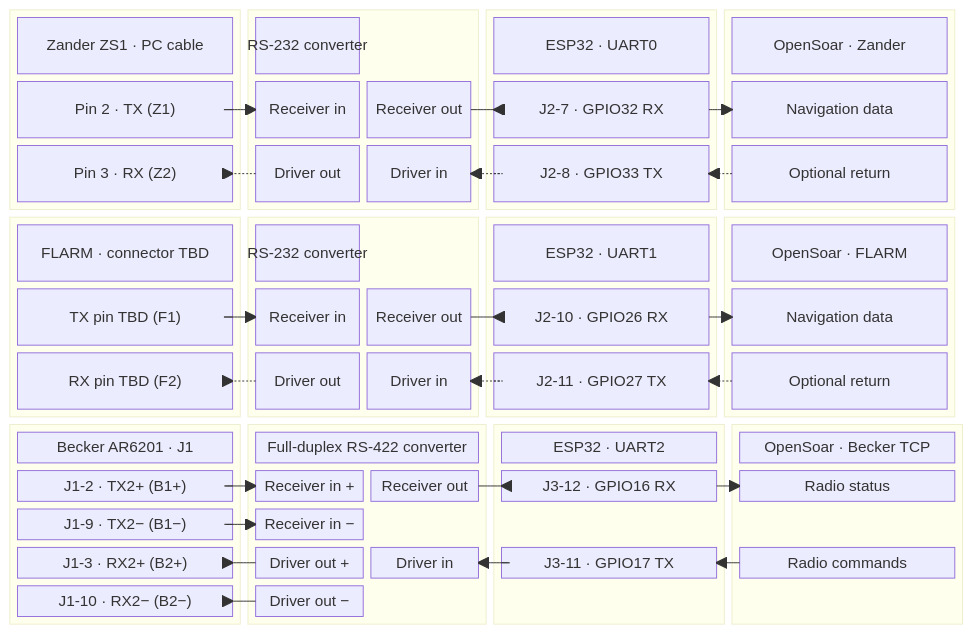
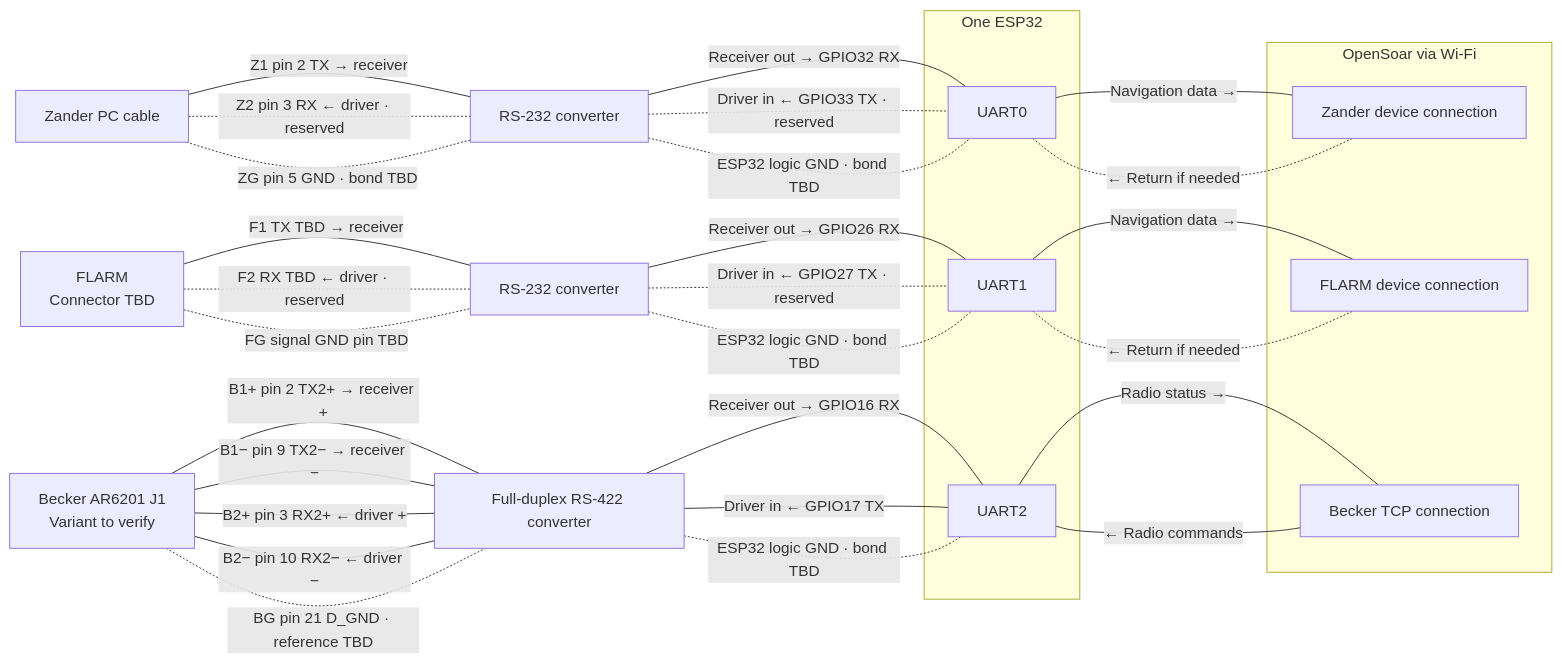
The first of 3 diagrams in docs/connections.md (MomoRC-tech/Becker-AR6201-to-OpenSoar), drawn with Mermaid before and after one commit. The commit also changed other lines of this file, not shown here.

Commit message:
Restore connection diagrams before the pin-box redesign

````diff
--- a/docs/connections.md
+++ b/docs/connections.md
@@ -13,108 +11,48 @@
 ```mermaid
-block-beta
-  columns 4
+flowchart LR
+    Z["Zander PC cable"]
+    F["FLARM<br/>Connector TBD"]
+    B["Becker AR6201 J1<br/>Variant to verify"]
+    ZC["RS-232 converter"]
+    FC["RS-232 converter"]
+    BC["Full-duplex RS-422 converter"]
+    subgraph ESP["One ESP32"]
+        U0["UART0"]
+        U1["UART1"]
+        U2["UART2"]
+    end
+    subgraph OS["OpenSoar via Wi-Fi"]
+        NZ["Zander device connection"]
+        NF["FLARM device connection"]
+        RB["Becker TCP connection"]
+    end
 
-  block:zander
-    columns 1
-    zh["Zander ZS1 · PC cable"]
-    ztx["Pin 2 · TX (Z1)"]
-    zrx["Pin 3 · RX (Z2)"]
-  end
-  block:z232
-    columns 2
-    zch["RS-232 converter"]:2
-    zri["Receiver in"] zro["Receiver out"]
-    zdo["Driver out"] zdi["Driver in"]
-  end
-  block:uart0
-    columns 1
-    e0["ESP32 · UART0"]
-    er0["J2-7 · GPIO32 RX"]
-    et0["J2-8 · GPIO33 TX"]
-  end
-  block:zapp
-    columns 1
-    zah["OpenSoar · Zander"]
-    zn["Navigation data"]
-    zb["Optional return"]
-  end
+    Z ---|"Z1 pin 2 TX → receiver"| ZC
+    Z -.-|"Z2 pin 3 RX ← driver · reserved"| ZC
+    Z -.-|"ZG pin 5 GND · bond TBD"| ZC
+    ZC ---|"Receiver out → GPIO32 RX"| U0
+    ZC -.-|"Driver in ← GPIO33 TX · reserved"| U0
+    ZC -.-|"ESP32 logic GND · bond TBD"| U0
+    U0 ---|"Navigation data →"| NZ
+    U0 -.-|"← Return if needed"| NZ
 
-  block:flarm
-    columns 1
-    fh["FLARM · connector TBD"]
-    ftx["TX pin TBD (F1)"]
-    frx["RX pin TBD (F2)"]
-  end
-  block:f232
-    columns 2
-    fch["RS-232 converter"]:2
-    fri["Receiver in"] fro["Receiver out"]
-    fdo["Driver out"] fdi["Driver in"]
-  end
-  block:uart1
-    columns 1
-    e1["ESP32 · UART1"]
-    er1["J2-10 · GPIO26 RX"]
-    et1["J2-11 · GPIO27 TX"]
-  end
-  block:fapp
-    columns 1
-    fah["OpenSoar · FLARM"]
-    fn["Navigation data"]
-    fb["Optional return"]
-  end
+    F ---|"F1 TX TBD → receiver"| FC
+    F -.-|"F2 RX TBD ← driver · reserved"| FC
+    F -.-|"FG signal GND pin TBD"| FC
+    FC ---|"Receiver out → GPIO26 RX"| U1
+    FC -.-|"Driver in ← GPIO27 TX · reserved"| U1
+    FC -.-|"ESP32 logic GND · bond TBD"| U1
+    U1 ---|"Navigation data →"| NF
+    U1 -.-|"← Return if needed"| NF
 
-  block:becker
-    columns 1
-    bh["Becker AR6201 · J1"]
-    btp["J1-2 · TX2+ (B1+)"]
-    btn["J1-9 · TX2− (B1−)"]
-    brp["J1-3 · RX2+ (B2+)"]
-    brn["J1-10 · RX2− (B2−)"]
-  end
-  block:b422
-    columns 2
-    bch["Full-duplex RS-422 converter"]:2
-    brip["Receiver in +"] bro["Receiver out"]
-    brin["Receiver in −"] space
-    bdop["Driver out +"] bdi["Driver in"]
-    bdon["Driver out −"] space
-  end
-  block:uart2
-    columns 1
-    e2["ESP32 · UART2"]
-    er2["J3-12 · GPIO16 RX"]
-    space
-    et2["J3-11 · GPIO17 TX"]
-    space
-  end
-  block:bapp
-    columns 1
-    bah["OpenSoar · Becker TCP"]
-    bs["Radio status"]
-    space
-    bc["Radio commands"]
-    space
-  end
-
-  ztx --> zri
-  zro --> er0
-  er0 --> zn
-  zb -.-> et0
-  et0 -.-> zdi
-  zdo -.-> zrx
-  ftx --> fri
-  fro --> er1
-  er1 --> fn
-  fb -.-> et1
-  et1 -.-> fdi
-  fdo -.-> frx
-  btp --> brip
-  btn --> brin
-  bro --> er2
-  er2 --> bs
-  bc --> et2
-  et2 --> bdi
-  bdop --> brp
-  bdon --> brn
+    B ---|"B1+ pin 2 TX2+ → receiver +"| BC
+    B ---|"B1− pin 9 TX2− → receiver −"| BC
+    B ---|"B2+ pin 3 RX2+ ← driver +"| BC
+    B ---|"B2− pin 10 RX2− ← driver −"| BC
+    B -.-|"BG pin 21 D_GND · reference TBD"| BC
+    BC ---|"Receiver out → GPIO16 RX"| U2
+    BC ---|"Driver in ← GPIO17 TX"| U2
+    BC -.-|"ESP32 logic GND · bond TBD"| U2
+    U2 ---|"Radio status →"| RB
+    U2 ---|"← Radio commands"| RB
 ```
````
